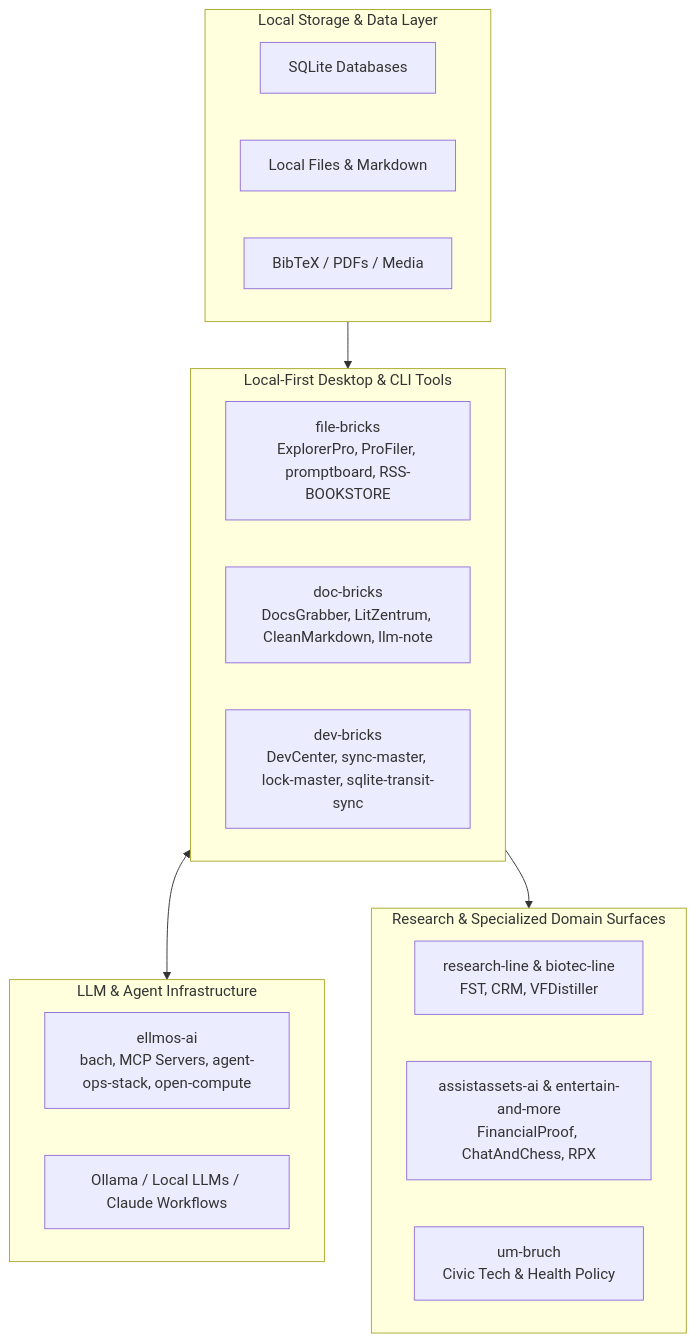
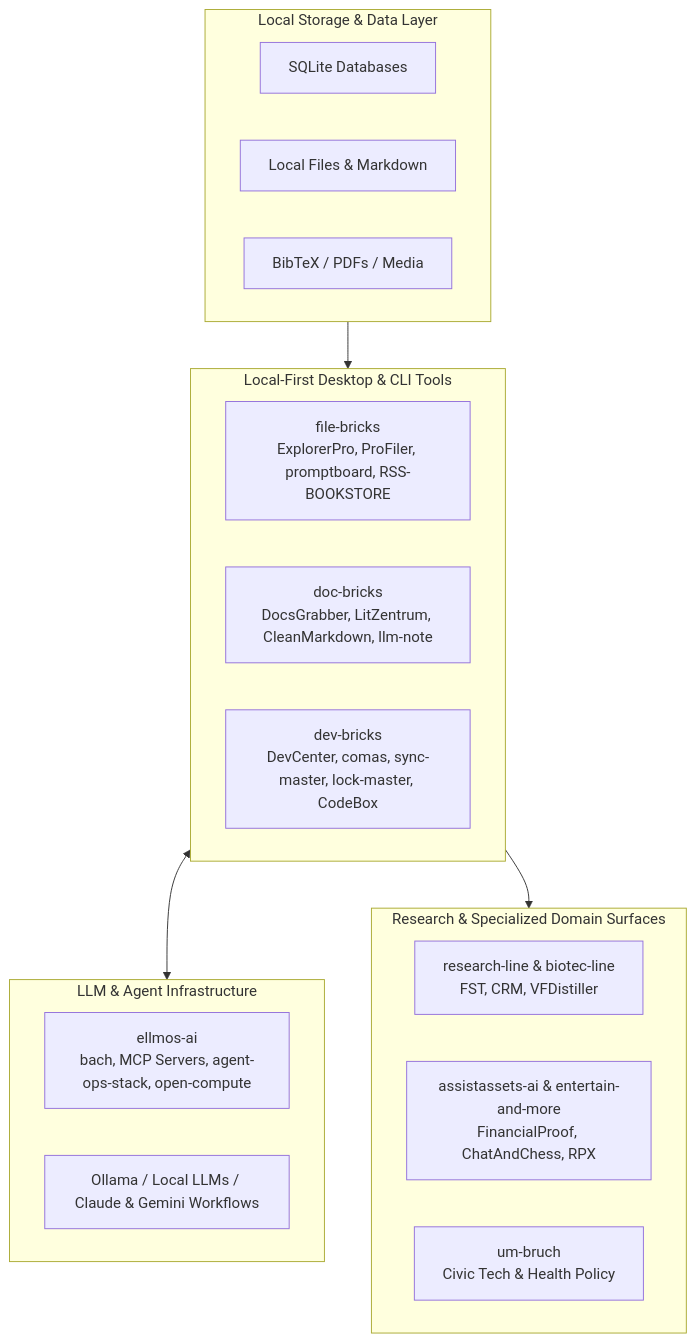
Before and after one commit to open-bricks/.github: the diagram in profile/README.md, drawn with Mermaid. The commit also changed other lines of this file and 3 other files, not shown here.

````diff
--- a/profile/README.md
+++ b/profile/README.md
@@ -51,29 +58,29 @@
 ```mermaid
 flowchart TD
     subgraph Storage [Local Storage & Data Layer]
         A[SQLite Databases]
         B[Local Files & Markdown]
         C[BibTeX / PDFs / Media]
     end
 
     subgraph Applications [Local-First Desktop & CLI Tools]
         D[file-bricks<br/>ExplorerPro, ProFiler, promptboard, RSS-BOOKSTORE]
         E[doc-bricks<br/>DocsGrabber, LitZentrum, CleanMarkdown, llm-note]
-        F[dev-bricks<br/>DevCenter, sync-master, lock-master, sqlite-transit-sync]
+        F[dev-bricks<br/>DevCenter, comas, sync-master, lock-master, CodeBox]
     end
 
     subgraph Infrastructure [LLM & Agent Infrastructure]
         G[ellmos-ai<br/>bach, MCP Servers, agent-ops-stack, open-compute]
-        H[Ollama / Local LLMs / Claude Workflows]
+        H[Ollama / Local LLMs / Claude & Gemini Workflows]
     end
 
     subgraph Science [Research & Specialized Domain Surfaces]
         I[research-line & biotec-line<br/>FST, CRM, VFDistiller]
         J[assistassets-ai & entertain-and-more<br/>FinancialProof, ChatAndChess, RPX]
         K[um-bruch<br/>Civic Tech & Health Policy]
     end
 
     Storage --> Applications
     Applications <--> Infrastructure
     Applications --> Science
 ```
````
